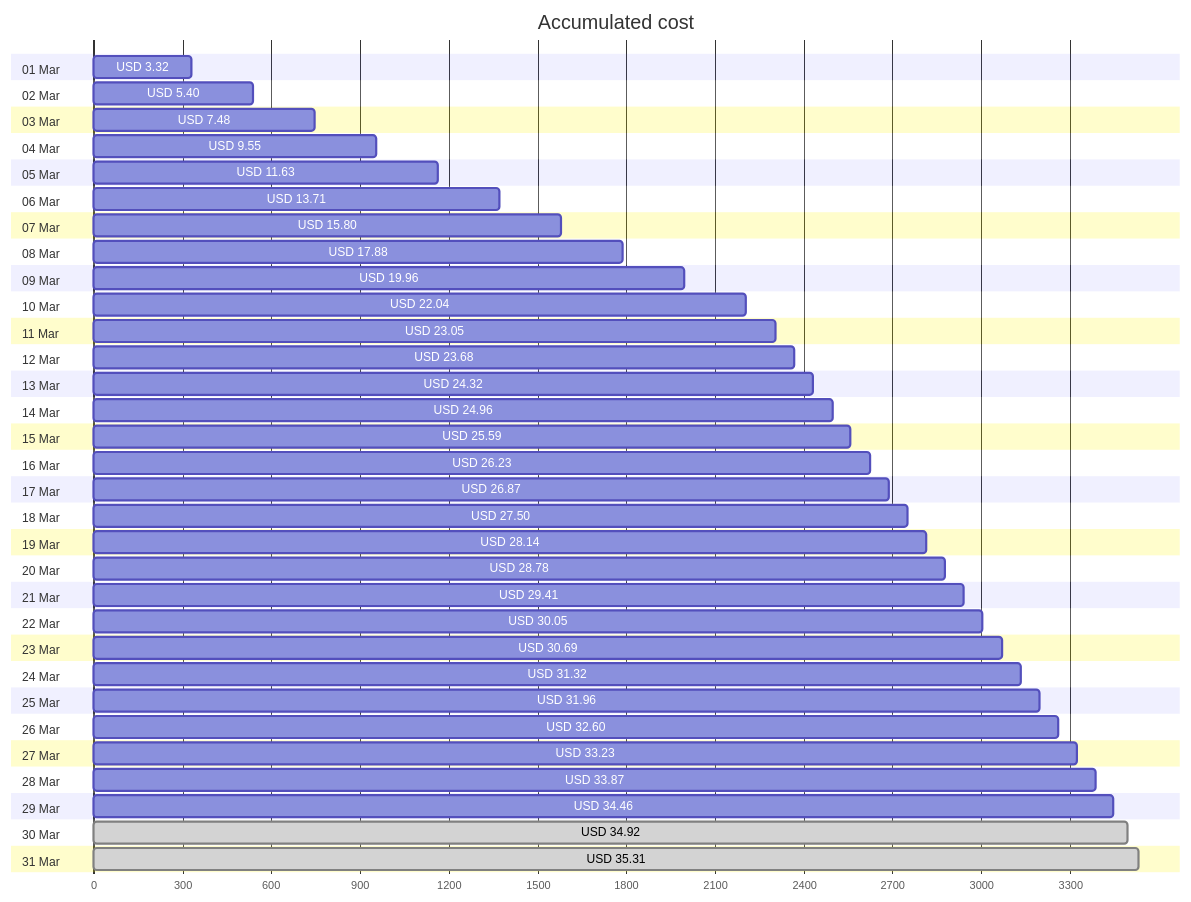
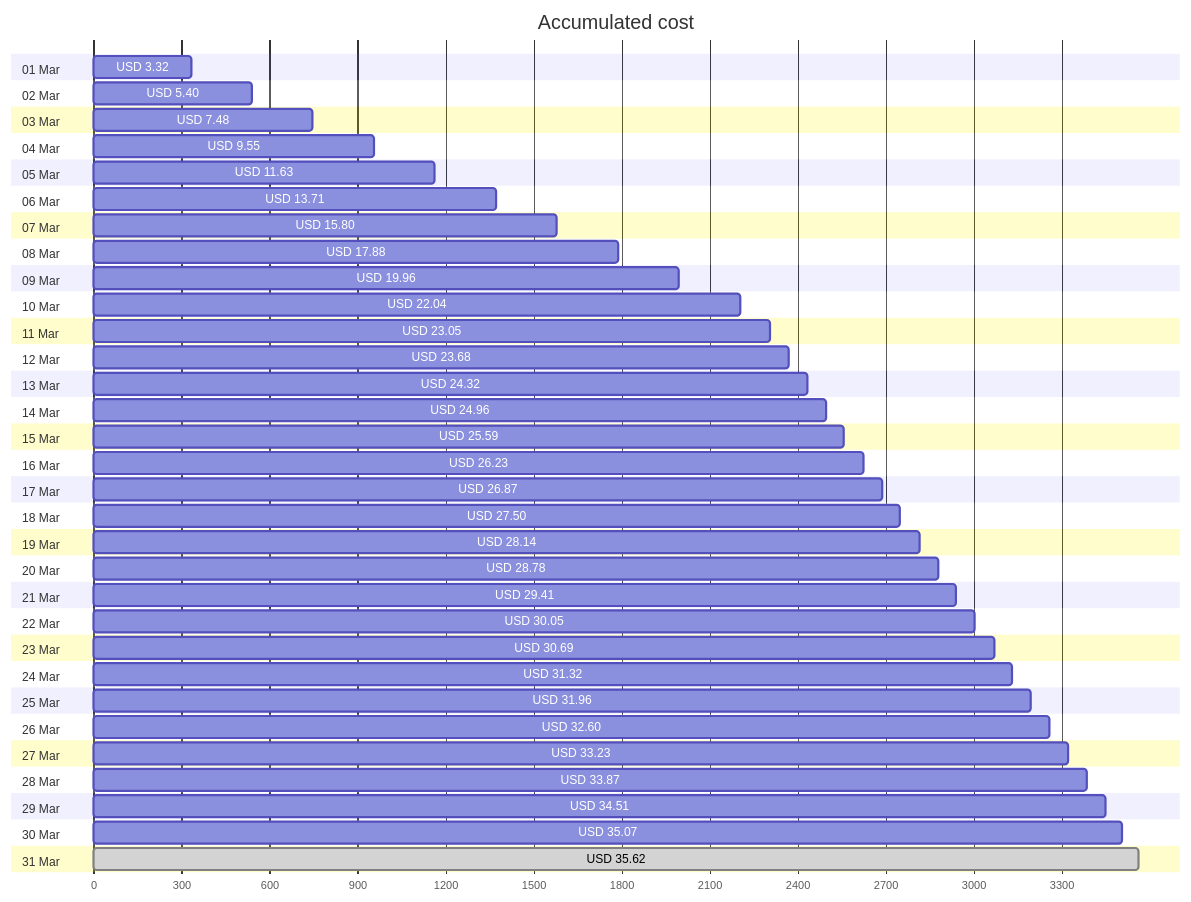
The first of 4 diagrams in cost-reports/accumulated-cost.md (jpfulton/azure-personal-reports), drawn with Mermaid before and after one commit. The commit also changed other lines of this file and 4 other files, not shown here.

````diff
--- a/cost-reports/accumulated-cost.md
+++ b/cost-reports/accumulated-cost.md
@@ -20,68 +20,68 @@
 ```mermaid
 gantt
    title Accumulated cost
    dateFormat  X
    axisFormat %s
    section 01 Mar
    USD 3.32 :0, 332
    section 02 Mar
    USD 5.40 :0, 540
    section 03 Mar
    USD 7.48 :0, 748
    section 04 Mar
    USD 9.55 :0, 955
    section 05 Mar
    USD 11.63 :0, 1163
    section 06 Mar
    USD 13.71 :0, 1371
    section 07 Mar
    USD 15.80 :0, 1580
    section 08 Mar
    USD 17.88 :0, 1788
    section 09 Mar
    USD 19.96 :0, 1996
    section 10 Mar
    USD 22.04 :0, 2204
    section 11 Mar
    USD 23.05 :0, 2305
    section 12 Mar
    USD 23.68 :0, 2368
    section 13 Mar
    USD 24.32 :0, 2432
    section 14 Mar
    USD 24.96 :0, 2496
    section 15 Mar
    USD 25.59 :0, 2559
    section 16 Mar
    USD 26.23 :0, 2623
    section 17 Mar
    USD 26.87 :0, 2687
    section 18 Mar
    USD 27.50 :0, 2750
    section 19 Mar
    USD 28.14 :0, 2814
    section 20 Mar
    USD 28.78 :0, 2878
    section 21 Mar
    USD 29.41 :0, 2941
    section 22 Mar
    USD 30.05 :0, 3005
    section 23 Mar
    USD 30.69 :0, 3069
    section 24 Mar
    USD 31.32 :0, 3132
    section 25 Mar
    USD 31.96 :0, 3196
    section 26 Mar
    USD 32.60 :0, 3260
    section 27 Mar
    USD 33.23 :0, 3323
    section 28 Mar
    USD 33.87 :0, 3387
    section 29 Mar
-   USD 34.46 :0, 3446
+   USD 34.51 :0, 3451
    section 30 Mar
-   USD 34.92 : done, 0, 3492
+   USD 35.07 :0, 3507
    section 31 Mar
-   USD 35.31 : done, 0, 3531
+   USD 35.62 : done, 0, 3562
 ```
````
